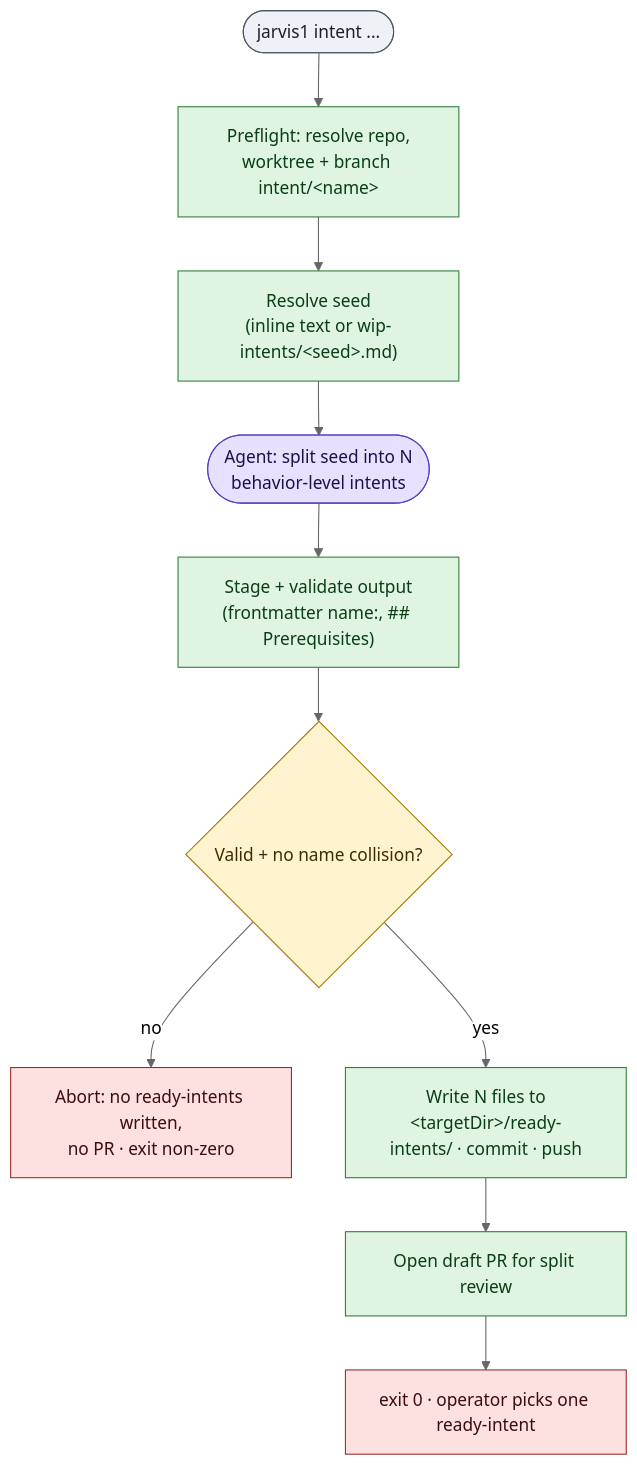
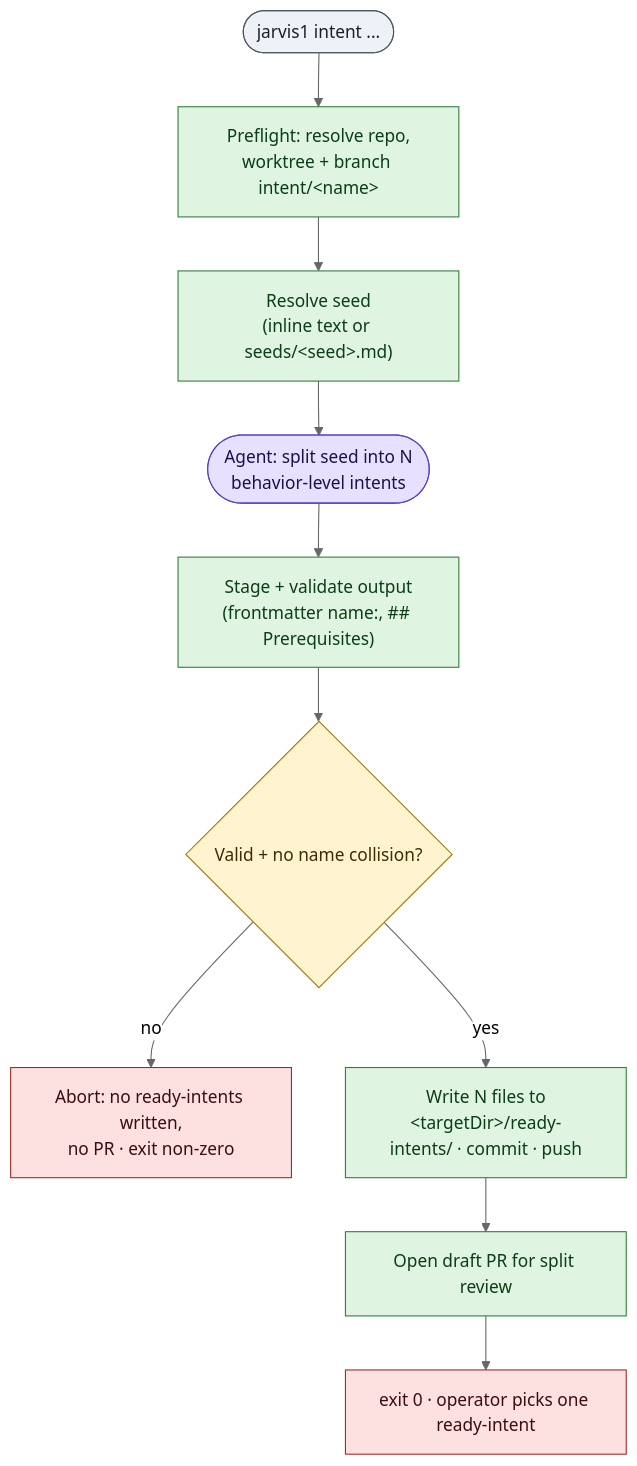
Before and after one commit to cbrenner04/jarvis: the third of 6 diagrams in v1/docs/workflows.md, drawn with Mermaid (neutral theme). The commit also changed other lines of this file and 8 other files, not shown here.

````diff
--- a/v1/docs/workflows.md
+++ b/v1/docs/workflows.md
@@ -123,20 +123,20 @@
 ```mermaid
 flowchart TD
   start([jarvis1 intent ...]):::neutral
 
   start --> pf["Preflight: resolve repo,<br/>worktree + branch intent/&lt;name&gt;"]:::det
-  pf --> seed["Resolve seed<br/>(inline text or wip-intents/&lt;seed&gt;.md)"]:::det
+  pf --> seed["Resolve seed<br/>(inline text or seeds/&lt;seed&gt;.md)"]:::det
   seed --> splitCall(["Agent: split seed into N<br/>behavior-level intents"]):::llm
   splitCall --> stage["Stage + validate output<br/>(frontmatter name:, ## Prerequisites)"]:::det
   stage --> valid{"Valid + no name collision?"}:::dec
   valid -- no --> abort["Abort: no ready-intents written,<br/>no PR · exit non-zero"]:::stop
   valid -- yes --> writeFiles["Write N files to<br/>&lt;targetDir&gt;/ready-intents/ · commit · push"]:::det
   writeFiles --> pr["Open draft PR for split review"]:::det
   pr --> done["exit 0 · operator picks one ready-intent"]:::stop
 
   classDef det fill:#dff5e1,stroke:#2f7d3a,color:#0b3d16;
   classDef llm fill:#e7e0ff,stroke:#5b3fc0,color:#1f1147;
   classDef dec fill:#fff4cf,stroke:#a07b00,color:#3d2c00;
   classDef stop fill:#fde0e0,stroke:#9c2a2a,color:#3d0d0d;
   classDef neutral fill:#eef1f5,stroke:#4a5566,color:#1a1f29;
 ```
````
